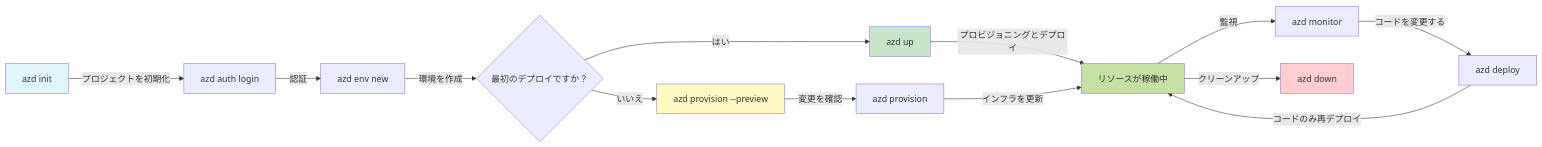
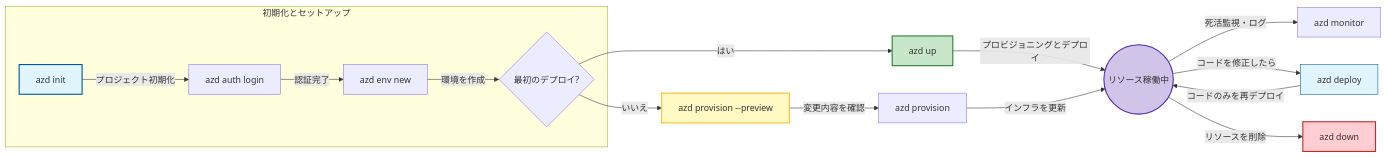
The first of 2 diagrams in translations/ja/docs/chapter-01-foundation/azd-basics.md (microsoft/AZD-for-beginners), drawn with Mermaid before and after one commit. The commit also changed other lines of this file, not shown here.

First line of the commit message:
Update Japanese translation for AZD Basics

````diff
--- a/translations/ja/docs/chapter-01-foundation/azd-basics.md
+++ b/translations/ja/docs/chapter-01-foundation/azd-basics.md
@@ -269,21 +269,36 @@
 ```mermaid
 graph LR
-    A[azd init] -->|プロジェクトを初期化| B[azd auth login]
-    B -->|認証| C[azd env new]
-    C -->|環境を作成| D{最初のデプロイですか？}
+    %% 初期化フェーズ
+    subgraph 初期化とセットアップ
+        A[azd init] -->|プロジェクト初期化| B[azd auth login]
+        B -->|認証完了| C[azd env new]
+        C -->|環境を作成| D{最初のデプロイ?}
+    end
+
+    %% デプロイフェーズ
     D -->|はい| E[azd up]
     D -->|いいえ| F[azd provision --preview]
-    F -->|変更を確認| G[azd provision]
-    E -->|プロビジョニングとデプロイ| H[リソースが稼働中]
+    
+    F -->|変更内容を確認| G[azd provision]
+    
+    %% 稼働・運用フェーズ
+    E -->|プロビジョニングとデプロイ| H((リソース稼働中))
     G -->|インフラを更新| H
-    H -->|監視| I[azd monitor]
-    I -->|コードを変更する| J[azd deploy]
-    J -->|コードのみ再デプロイ| H
-    H -->|クリーンアップ| K[azd down]
     
-    style A fill:#e1f5fe
-    style E fill:#c8e6c9
-    style F fill:#fff9c4
-    style H fill:#c5e1a5
-    style K fill:#ffcdd2
+    H -->|死活監視・ログ| I[azd monitor]
+    
+    %% 日常の開発ループ
+    J[azd deploy] -->|コードのみを再デプロイ| H
+    H -->|コードを修正したら| J
+    
+    %% クリーンアップ
+    H -->|リソースを削除| K[azd down]
+
+    %% スタイル定義
+    style A fill:#e1f5fe,stroke:#01579b,stroke-width:2px
+    style E fill:#c8e6c9,stroke:#2e7d32,stroke-width:2px
+    style F fill:#fff9c4,stroke:#fbc02d,stroke-width:2px
+    style H fill:#d1c4e9,stroke:#512da8,stroke-width:2px
+    style J fill:#e1f5fe,stroke:#01579b,stroke-width:1px
+    style K fill:#ffcdd2,stroke:#c62828,stroke-width:2px
 ```
````
